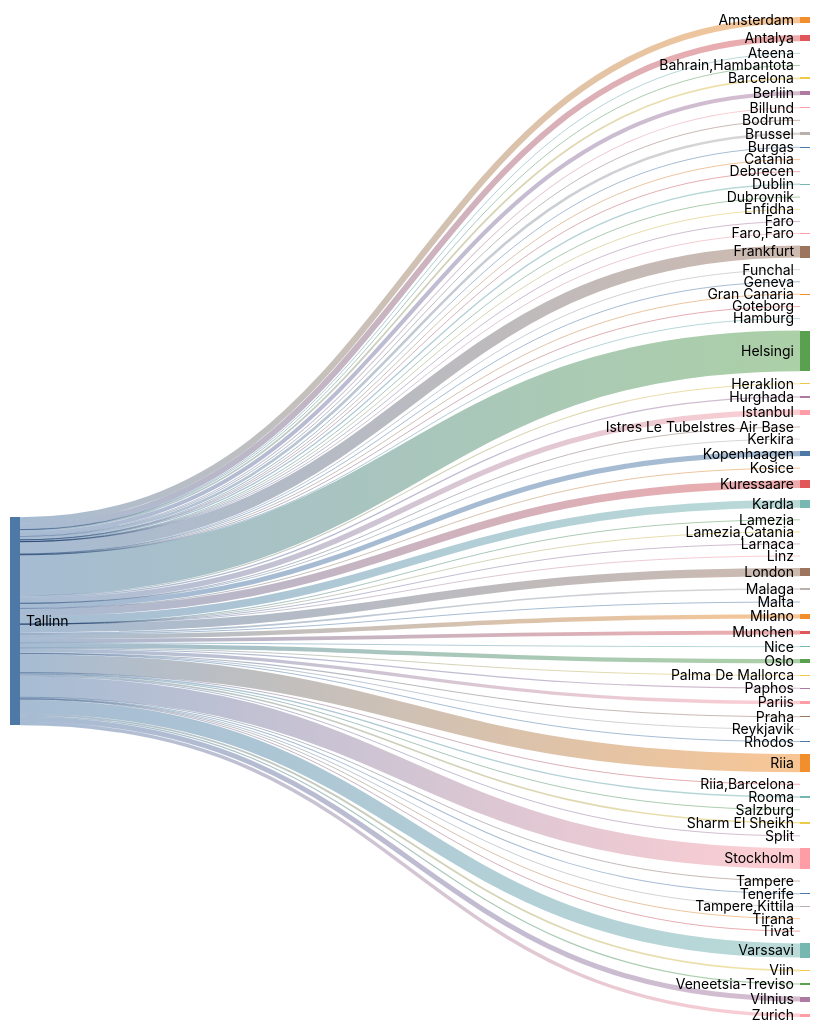
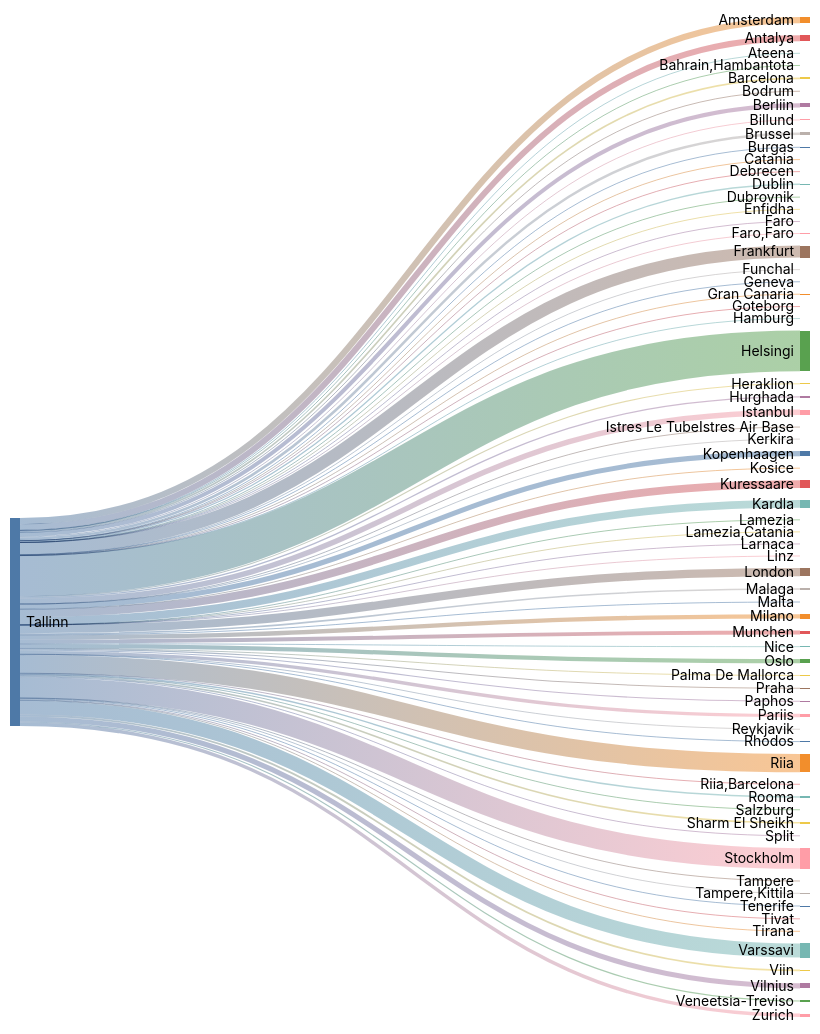
Before and after one commit to rainermesi/tll-airport-departures: the second of 2 diagrams in README.md, drawn with Mermaid (neutral theme). The commit also changed other lines of this file and 1 other file, not shown here.

````diff
--- a/README.md
+++ b/README.md
@@ -34,80 +34,80 @@
 ```mermaid
 ---
 config:
   sankey:
     showValues: false
     width: 800
     height: 1000
 ---
 sankey-beta
 %% source,target,value
-Tallinn,Amsterdam,357
-Tallinn,Antalya,346
+Tallinn,Amsterdam,359
+Tallinn,Antalya,347
 Tallinn,Ateena,16
 Tallinn,"Bahrain,Hambantota",1
 Tallinn,Barcelona,99
-Tallinn,Berliin,234
+Tallinn,Berliin,236
 Tallinn,Billund,58
 Tallinn,Bodrum,11
-Tallinn,Brussel,151
+Tallinn,Brussel,152
 Tallinn,Burgas,32
 Tallinn,Catania,2
 Tallinn,Debrecen,1
 Tallinn,Dublin,77
 Tallinn,Dubrovnik,21
 Tallinn,Enfidha,7
 Tallinn,Faro,4
 Tallinn,"Faro,Faro",1
-Tallinn,Frankfurt,698
+Tallinn,Frankfurt,701
 Tallinn,Funchal,5
 Tallinn,Geneva,13
 Tallinn,Gran Canaria,38
 Tallinn,Goteborg,1
 Tallinn,Hamburg,2
-Tallinn,Helsingi,2352
+Tallinn,Helsingi,2362
 Tallinn,Heraklion,64
 Tallinn,Hurghada,75
-Tallinn,Istanbul,313
+Tallinn,Istanbul,315
 Tallinn,Istres Le TubeIstres Air Base,2
 Tallinn,Kerkira,4
-Tallinn,Kopenhaagen,292
+Tallinn,Kopenhaagen,293
 Tallinn,Kosice,1
-Tallinn,Kuressaare,453
-Tallinn,Kardla,453
+Tallinn,Kuressaare,455
+Tallinn,Kardla,455
 Tallinn,Lamezia,1
 Tallinn,"Lamezia,Catania",3
 Tallinn,Larnaca,4
 Tallinn,Linz,2
-Tallinn,London,479
+Tallinn,London,480
 Tallinn,Malaga,92
 Tallinn,Malta,20
 Tallinn,Milano,254
-Tallinn,Munchen,221
+Tallinn,Munchen,223
 Tallinn,Nice,34
-Tallinn,Oslo,246
+Tallinn,Oslo,247
 Tallinn,Palma De Mallorca,24
 Tallinn,Paphos,66
-Tallinn,Pariis,194
+Tallinn,Pariis,196
 Tallinn,Praha,62
 Tallinn,Reykjavik,2
-Tallinn,Rhodos,41
-Tallinn,Riia,1060
+Tallinn,Rhodos,42
+Tallinn,Riia,1064
 Tallinn,"Riia,Barcelona",1
 Tallinn,Rooma,80
 Tallinn,Salzburg,14
 Tallinn,Sharm El Sheikh,95
 Tallinn,Split,35
-Tallinn,Stockholm,1201
+Tallinn,Stockholm,1205
 Tallinn,Tampere,17
 Tallinn,"Tampere,Kittila",21
 Tallinn,Tenerife,58
-Tallinn,Tirana,14
-Tallinn,Tivat,39
-Tallinn,Varssavi,815
+Tallinn,Tirana,15
+Tallinn,Tivat,40
+Tallinn,Varssavi,818
 Tallinn,Veneetsia-Treviso,67
 Tallinn,Viin,106
-Tallinn,Vilnius,291
-Tallinn,Zurich,200
+Tallinn,Vilnius,293
+Tallinn,Zurich,201
 
 
 ```
````
